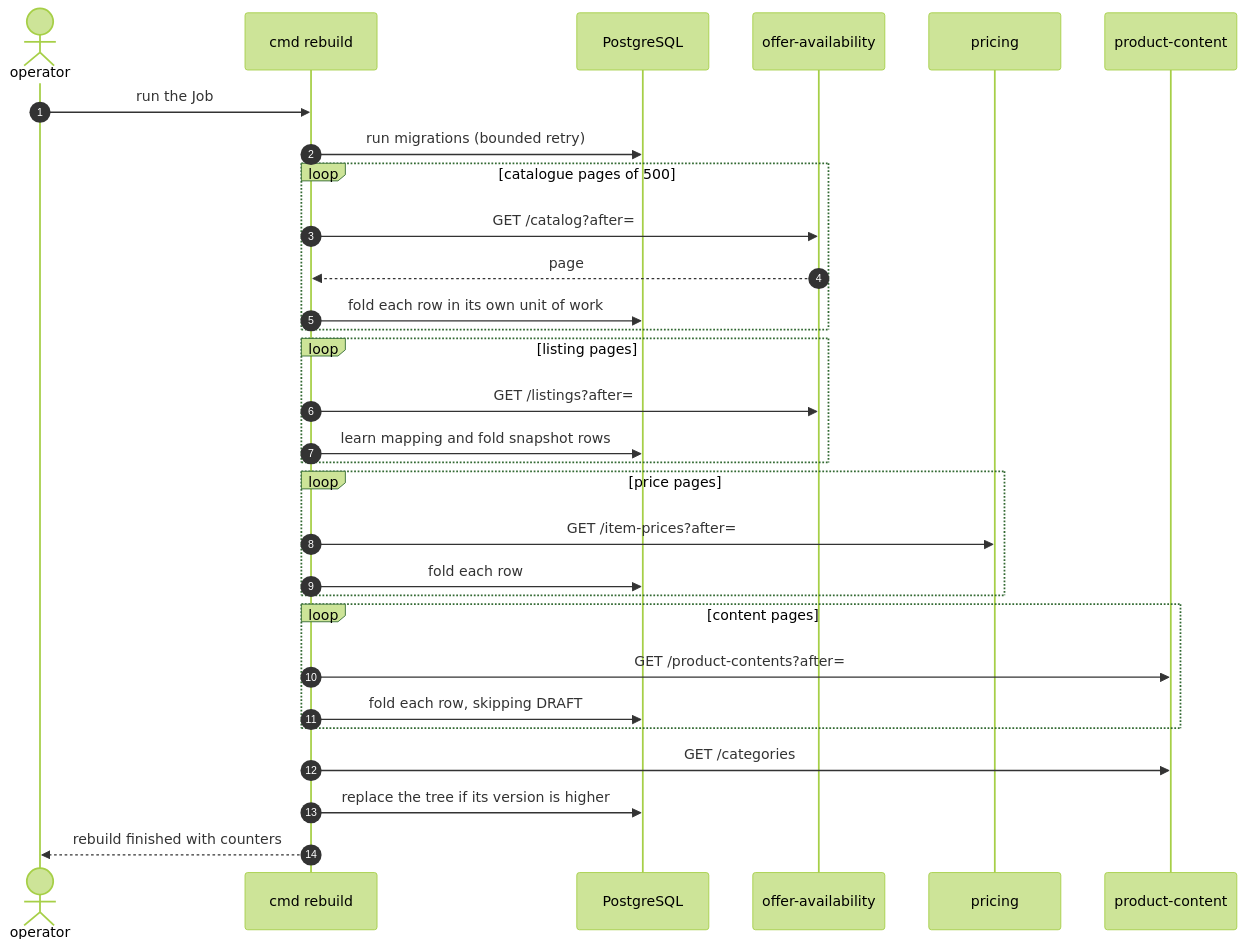
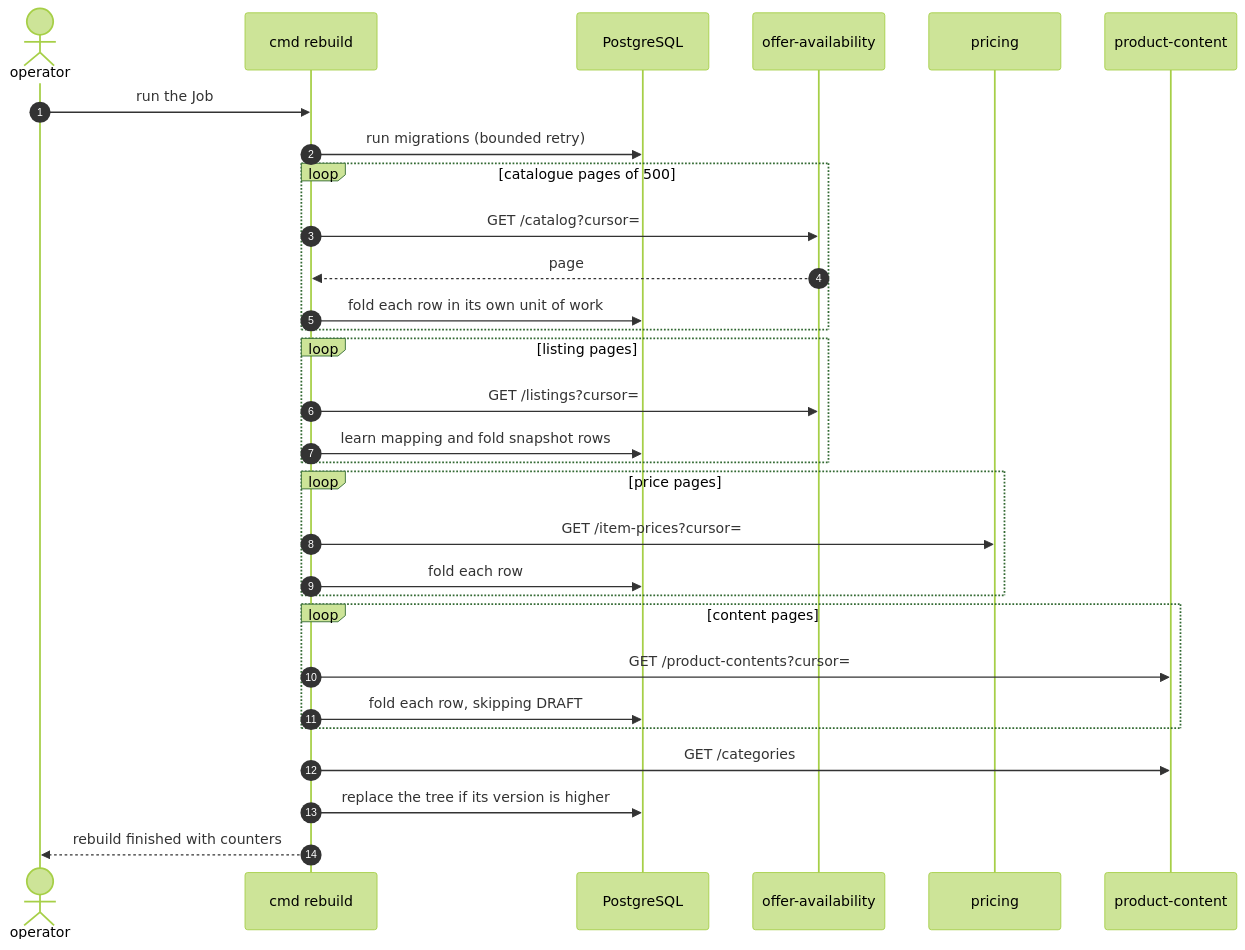
Before and after one commit to IQVO/product-discovery: the sixth of 7 diagrams in docs/docs/ddd/sequence-diagrams.md, drawn with Mermaid (forest theme). The commit also changed 17 other files, not shown here.

````diff
--- a/docs/docs/ddd/sequence-diagrams.md
+++ b/docs/docs/ddd/sequence-diagrams.md
@@ -161,32 +161,32 @@
 ```mermaid
 sequenceDiagram
   autonumber
   actor Op as operator
   participant R as cmd rebuild
   participant PG as PostgreSQL
   participant OA as offer-availability
   participant PR as pricing
   participant PC as product-content
   Op->>R: run the Job
   R->>PG: run migrations (bounded retry)
   loop catalogue pages of 500
-    R->>OA: GET /catalog?after=
+    R->>OA: GET /catalog?cursor=
     OA-->>R: page
     R->>PG: fold each row in its own unit of work
   end
   loop listing pages
-    R->>OA: GET /listings?after=
+    R->>OA: GET /listings?cursor=
     R->>PG: learn mapping and fold snapshot rows
   end
   loop price pages
-    R->>PR: GET /item-prices?after=
+    R->>PR: GET /item-prices?cursor=
     R->>PG: fold each row
   end
   loop content pages
-    R->>PC: GET /product-contents?after=
+    R->>PC: GET /product-contents?cursor=
     R->>PG: fold each row, skipping DRAFT
   end
   R->>PC: GET /categories
   R->>PG: replace the tree if its version is higher
   R-->>Op: rebuild finished with counters
 ```
````
